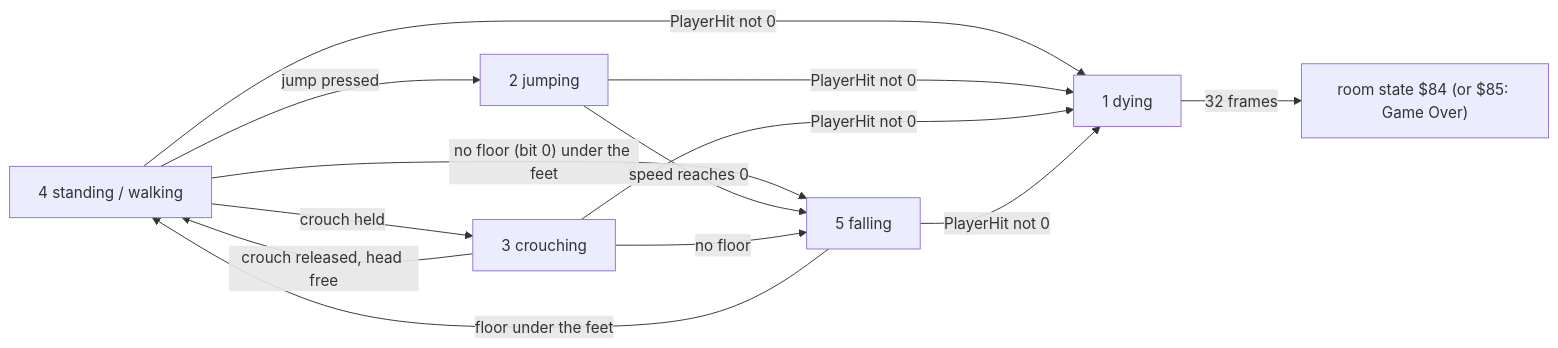
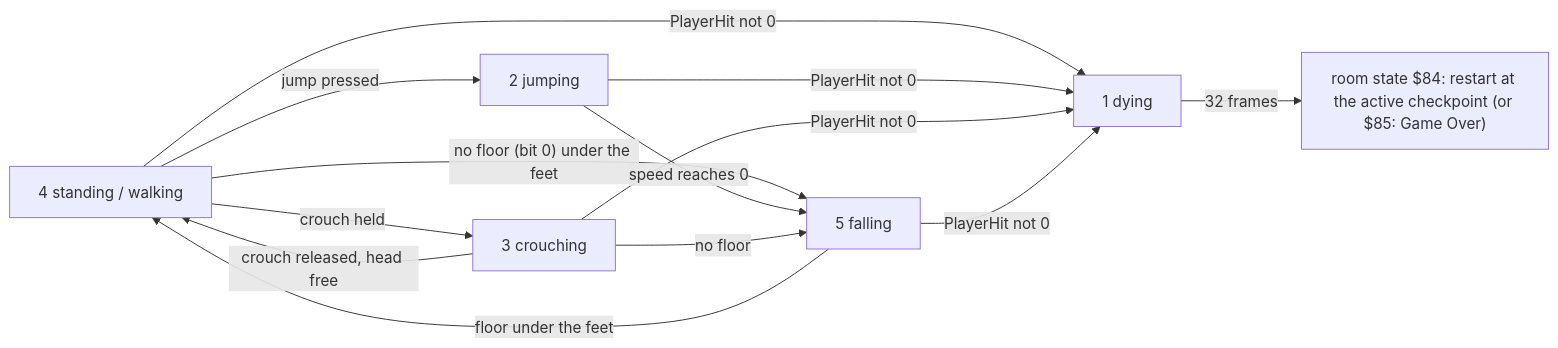
Before and after one commit to ruguevara/zx-reaper: the second of 2 diagrams in examples/abbaye-des-morts/docs/05-player.md, drawn with Mermaid. The commit also changed other lines of this file and 23 other files, not shown here.

Commit message:
Abbaye: the article corrected from the second review's change logs (deaths restart at the checkpoint, the bell and levers, hidden passages, Death's throwing pose, scythes, timing per room, sprite sets, captions); Death's image with its three frames; last stale comments in the sources

````diff
--- a/examples/abbaye-des-morts/docs/05-player.md
+++ b/examples/abbaye-des-morts/docs/05-player.md
@@ -80,12 +80,12 @@
 ```mermaid
 flowchart LR
     ST["4 standing / walking"] -- "jump pressed" --> J["2 jumping"]
     ST -- "crouch held" --> C["3 crouching"]
     ST -- "no floor (bit 0) under the feet" --> F["5 falling"]
     J -- "speed reaches 0" --> F
     F -- "floor under the feet" --> ST
     C -- "crouch released, head free" --> ST
     C -- "no floor" --> F
     ST & J & C & F -- "PlayerHit not 0" --> DY["1 dying"]
-    DY -- "32 frames" --> R["room state $84 (or $85: Game Over)"]
+    DY -- "32 frames" --> R["room state $84: restart at the active checkpoint (or $85: Game Over)"]
 ```
````
